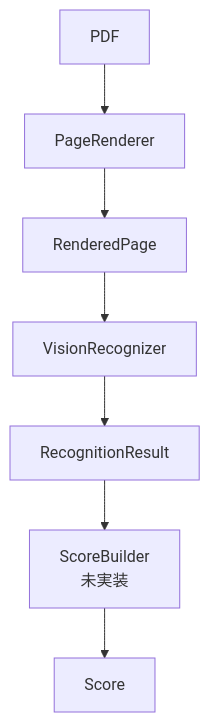
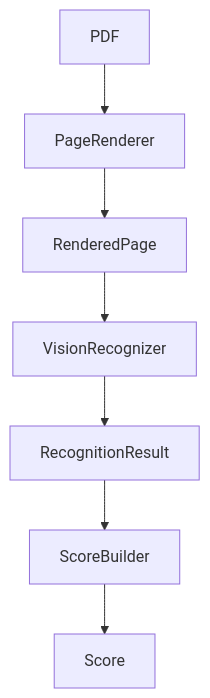
Before and after one commit to takigawa401/Sheet2DrumMidi: the diagram in docs/architecture/recognition_pipeline.md, drawn with Mermaid. The commit also changed other lines of this file and 7 other files, not shown here.

Commit message:
Implement Score Builder

````diff
--- a/docs/architecture/recognition_pipeline.md
+++ b/docs/architecture/recognition_pipeline.md
@@ -9,9 +9,9 @@
 ```mermaid
 flowchart TD
     PDF[PDF] --> PageRenderer[PageRenderer]
     PageRenderer --> RenderedPage[RenderedPage]
     RenderedPage --> VisionRecognizer[VisionRecognizer]
     VisionRecognizer --> RecognitionResult[RecognitionResult]
-    RecognitionResult --> ScoreBuilder[ScoreBuilder<br/>未実装]
+    RecognitionResult --> ScoreBuilder[ScoreBuilder]
     ScoreBuilder --> Score[Score]
 ```
````
